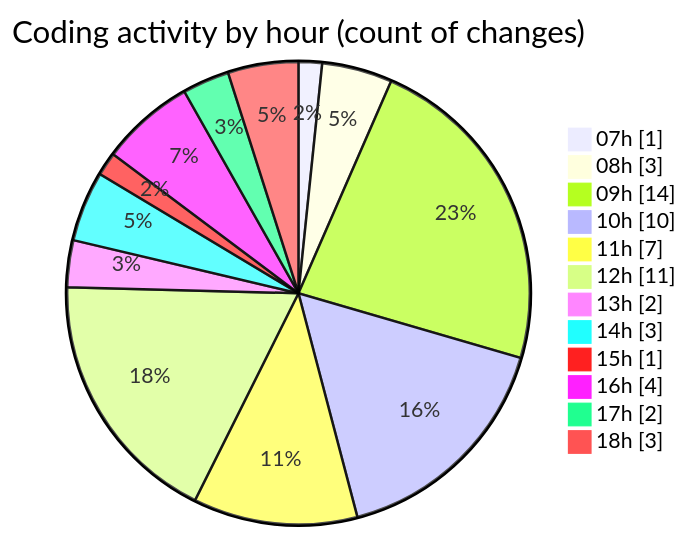
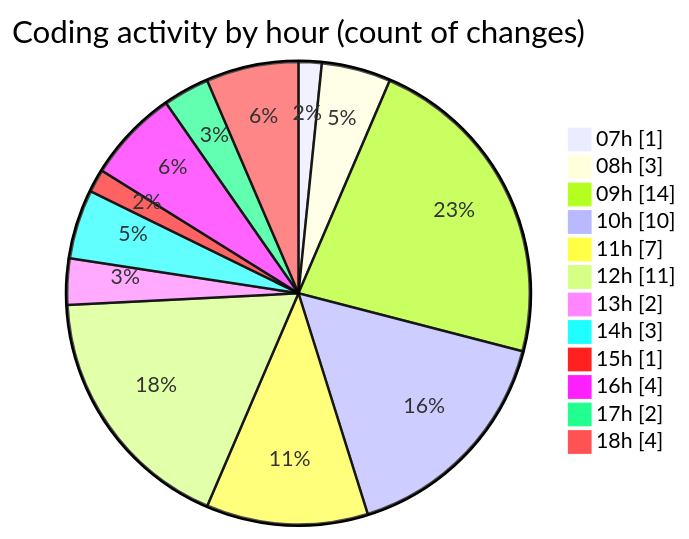
Before and after one commit to tmsrecording-cyber/code-tracking: the second of 2 diagrams in 2026-02-02/singularitybrainai/README.md, drawn with Mermaid. The commit also changed other lines of this file and 1 other file, not shown here.

````diff
--- a/2026-02-02/singularitybrainai/README.md
+++ b/2026-02-02/singularitybrainai/README.md
@@ -41,16 +41,16 @@
 ```mermaid
 pie showData
 title Coding activity by hour (count of changes)
 "07h" : 1
 "08h" : 3
 "09h" : 14
 "10h" : 10
 "11h" : 7
 "12h" : 11
 "13h" : 2
 "14h" : 3
 "15h" : 1
 "16h" : 4
 "17h" : 2
-"18h" : 3
+"18h" : 4
 ```
````
